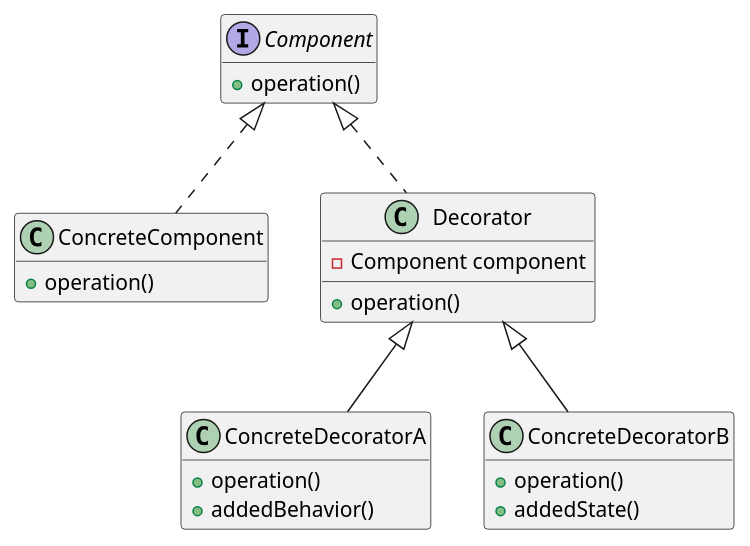
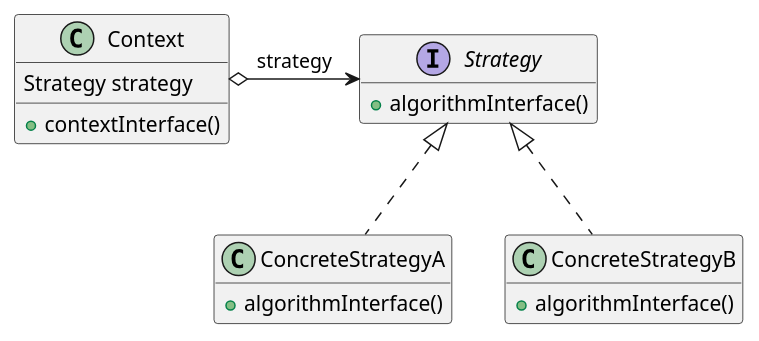
One commit to 20231-ifba-saj-ads-ppr/blog-material-aula changed the fourth of 13 diagrams in posts/framework/GabrielCoffee9.md. Above: the diagram before and after it, drawn with PlantUML. The commit also changed other lines of this file, not shown here.

````diff
--- a/posts/framework/GabrielCoffee9.md
+++ b/posts/framework/GabrielCoffee9.md
@@ -204,30 +338,26 @@
 ```plantuml
 @startuml
-interface Component {
-    + operation()
+class Context {
+  Strategy strategy
+  +contextInterface()
 }
 
-class ConcreteComponent implements Component {
-    + operation()
+interface Strategy {
+  +algorithmInterface()
 }
 
-class Decorator implements Component {
-    - Component component 
-    + operation()
+class ConcreteStrategyA implements Strategy{
+  +algorithmInterface()
 }
 
-class ConcreteDecoratorA extends Decorator{
-    + operation()
-    + addedBehavior() 
+class ConcreteStrategyB implements Strategy{
+  +algorithmInterface()
 }
 
-class ConcreteDecoratorB extends Decorator{
-    + operation()
-    + addedState()
-}
+Context  o-> Strategy:strategy
+
 
 hide empty attributes
 hide empty methods
 @enduml
-
 ```
````
